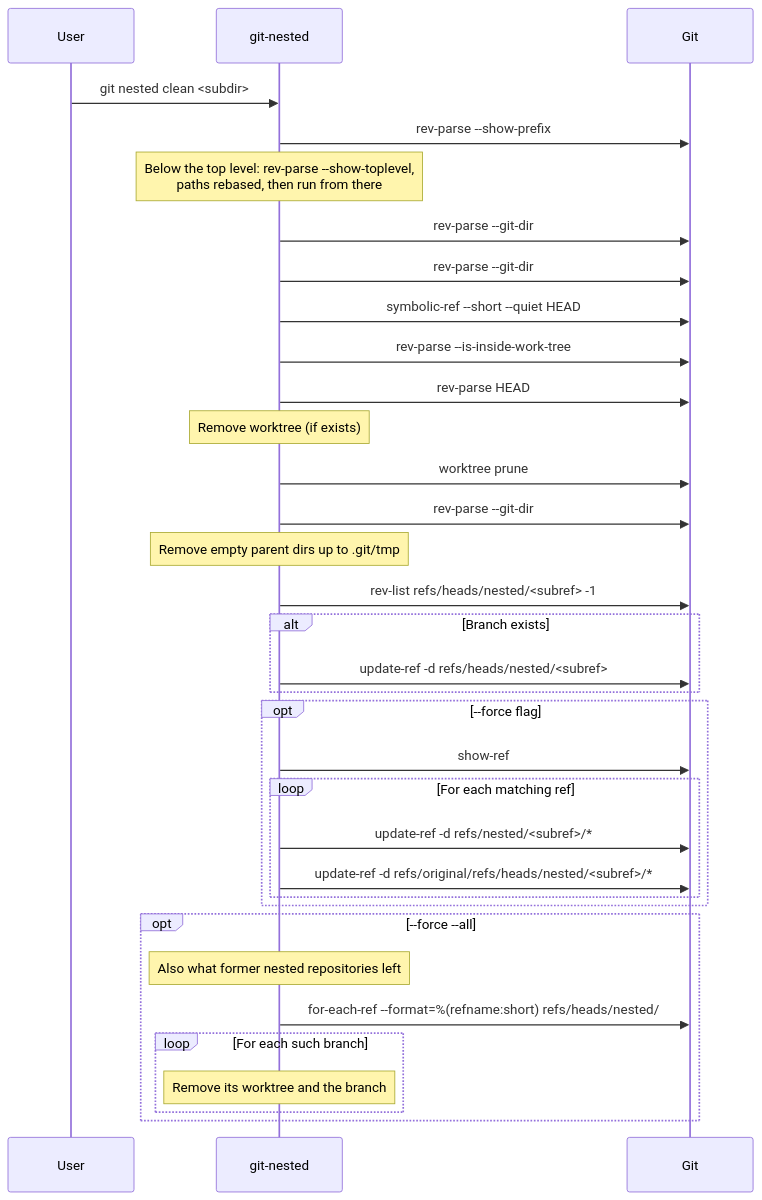
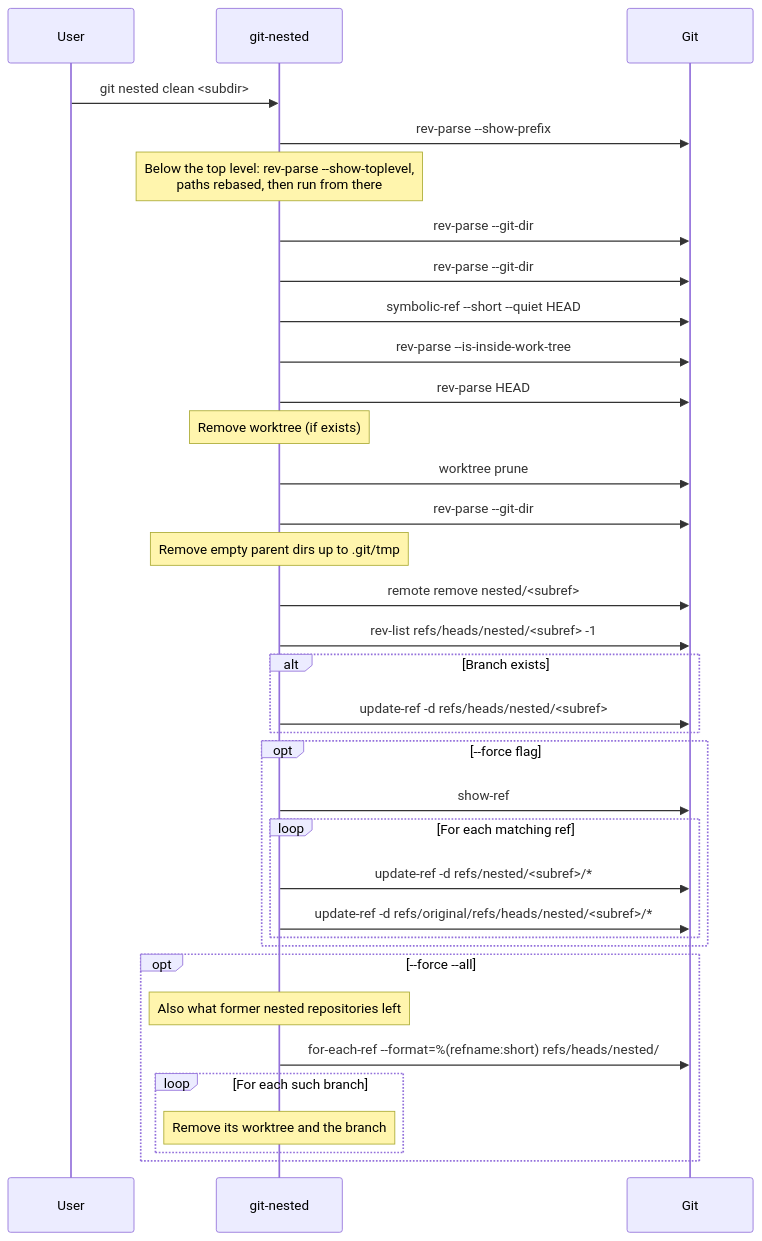
One commit to thorsten-klein/git-nested changed diagram 12 of 14 in docs/diagrams.md. Above: the diagram before and after it, drawn with Mermaid. The commit also changed other lines of this file and 5 other files, not shown here.

First line of the commit message:
feat: the nested branch of `branch` tracks upstream through a remote (#159)

````diff
--- a/docs/diagrams.md
+++ b/docs/diagrams.md
@@ -768,41 +772,43 @@
 ```mermaid
 sequenceDiagram
     participant User
     participant git-nested
     participant Git
 
     User->>git-nested: git nested clean <subdir>
     git-nested->>Git: rev-parse --show-prefix
     Note over git-nested: Below the top level: rev-parse --show-toplevel,<br/>paths rebased, then run from there
     git-nested->>Git: rev-parse --git-dir
     git-nested->>Git: rev-parse --git-dir
     git-nested->>Git: symbolic-ref --short --quiet HEAD
     git-nested->>Git: rev-parse --is-inside-work-tree
     git-nested->>Git: rev-parse HEAD
 
     Note over git-nested: Remove worktree (if exists)
     git-nested->>Git: worktree prune
     git-nested->>Git: rev-parse --git-dir
     Note over git-nested: Remove empty parent dirs up to .git/tmp
+
+    git-nested->>Git: remote remove nested/<subref>
 
     git-nested->>Git: rev-list refs/heads/nested/<subref> -1
     alt Branch exists
         git-nested->>Git: update-ref -d refs/heads/nested/<subref>
     end
 
     opt --force flag
         git-nested->>Git: show-ref
         loop For each matching ref
             git-nested->>Git: update-ref -d refs/nested/<subref>/*
             git-nested->>Git: update-ref -d refs/original/refs/heads/nested/<subref>/*
         end
     end
 
     opt --force --all
         Note over git-nested: Also what former nested repositories left
         git-nested->>Git: for-each-ref --format=%(refname:short) refs/heads/nested/
         loop For each such branch
             Note over git-nested: Remove its worktree and the branch
         end
     end
 ```
````
